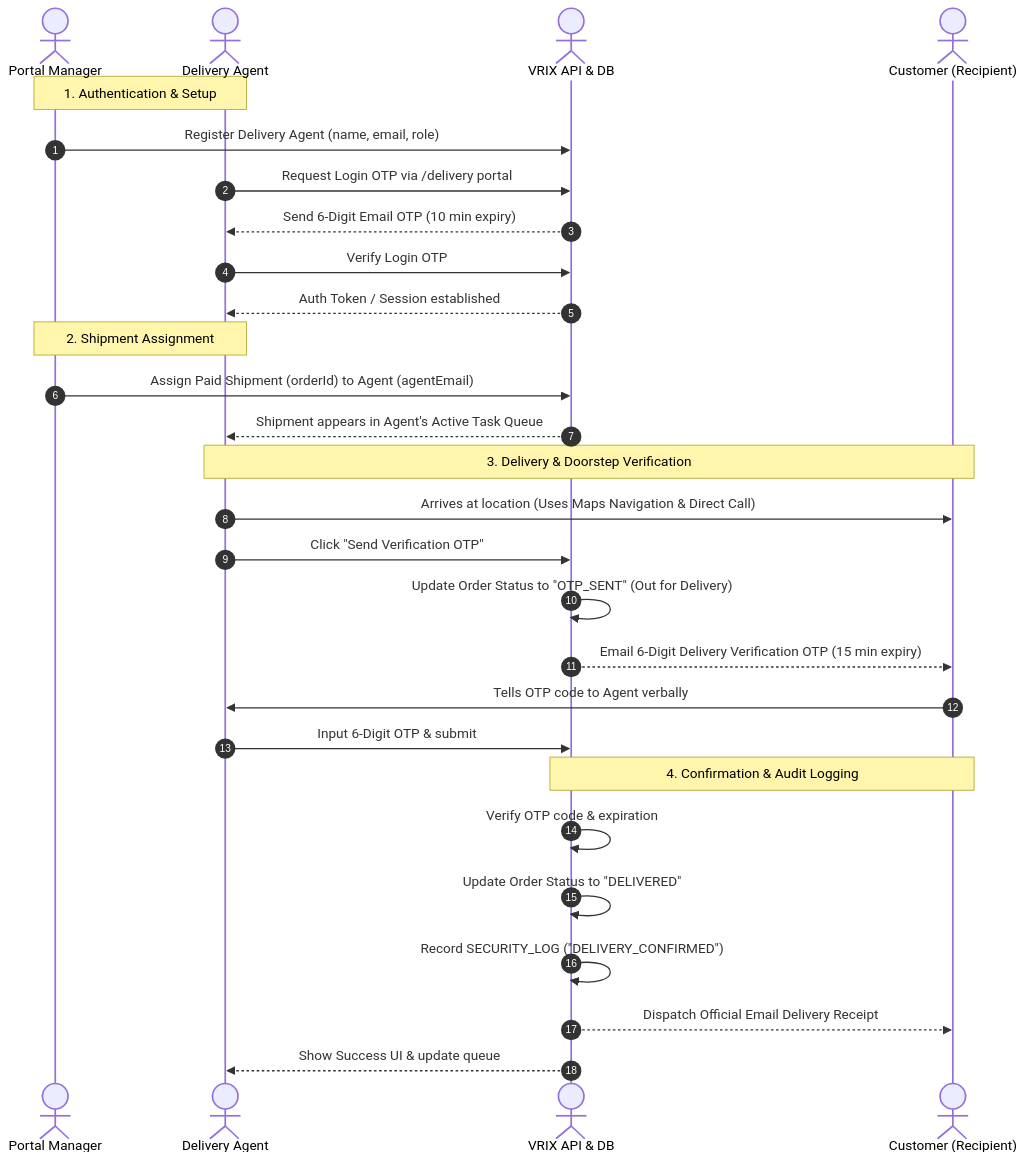
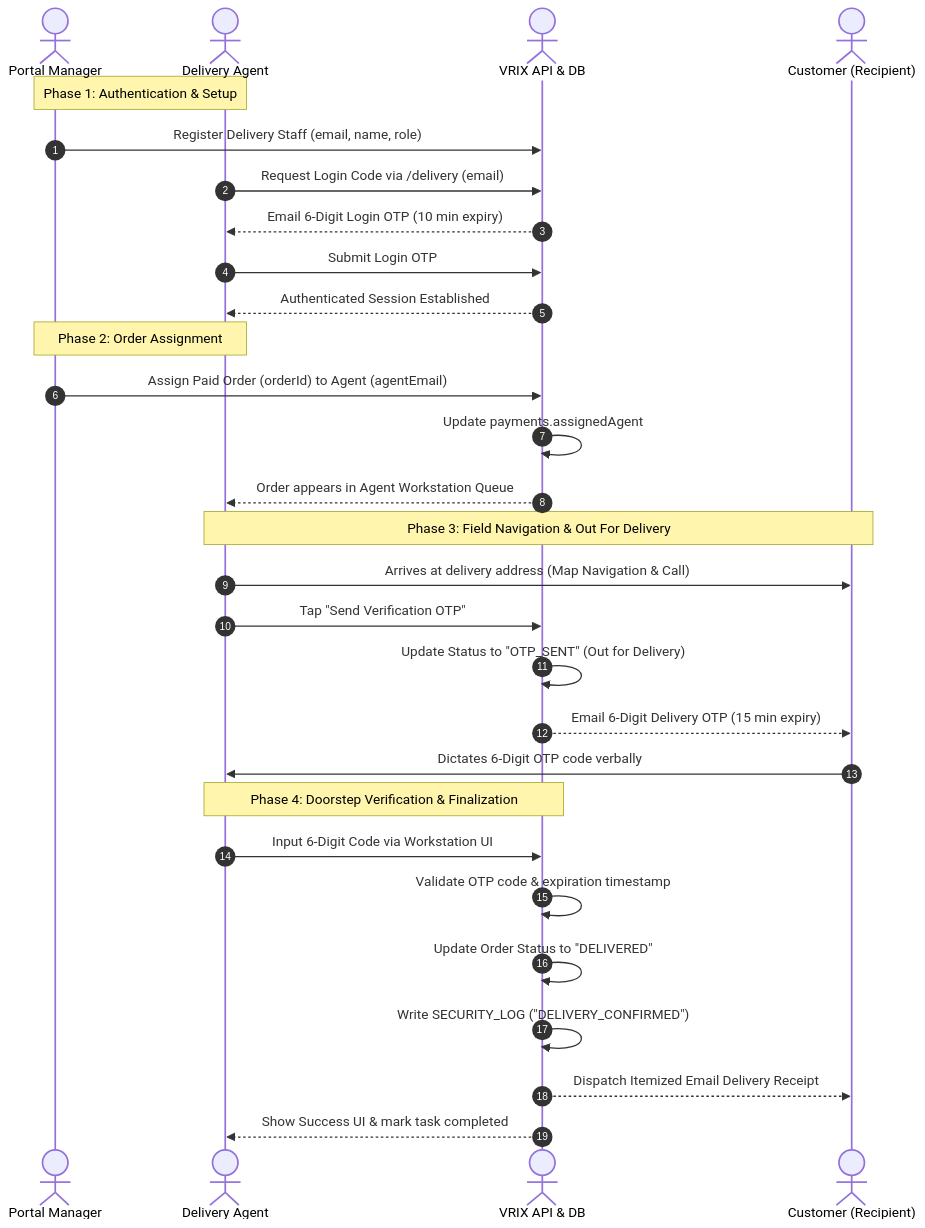
The second of 2 diagrams in DELIVERY_PANEL_README.md (DhruvilThummar/vrix), drawn with Mermaid before and after one commit. The commit also changed other lines of this file, not shown here.

Commit message:
docs: overhaul delivery panel README with updated architecture, workflows, and roles matrix

````diff
--- a/DELIVERY_PANEL_README.md
+++ b/DELIVERY_PANEL_README.md
@@ -47,34 +89,35 @@
 ```mermaid
 sequenceDiagram
     autonumber
     actor Admin as Portal Manager
     actor Agent as Delivery Agent
     actor Backend as VRIX API & DB
     actor Customer as Customer (Recipient)
 
-    Note over Admin, Agent: 1. Authentication & Setup
-    Admin->>Backend: Register Delivery Agent (name, email, role)
-    Agent->>Backend: Request Login OTP via /delivery portal
-    Backend-->>Agent: Send 6-Digit Email OTP (10 min expiry)
-    Agent->>Backend: Verify Login OTP
-    Backend-->>Agent: Auth Token / Session established
+    Note over Admin, Agent: Phase 1: Authentication & Setup
+    Admin->>Backend: Register Delivery Staff (email, name, role)
+    Agent->>Backend: Request Login Code via /delivery (email)
+    Backend-->>Agent: Email 6-Digit Login OTP (10 min expiry)
+    Agent->>Backend: Submit Login OTP
+    Backend-->>Agent: Authenticated Session Established
 
-    Note over Admin, Agent: 2. Shipment Assignment
-    Admin->>Backend: Assign Paid Shipment (orderId) to Agent (agentEmail)
-    Backend-->>Agent: Shipment appears in Agent's Active Task Queue
+    Note over Admin, Agent: Phase 2: Order Assignment
+    Admin->>Backend: Assign Paid Order (orderId) to Agent (agentEmail)
+    Backend->>Backend: Update payments.assignedAgent
+    Backend-->>Agent: Order appears in Agent Workstation Queue
 
-    Note over Agent, Customer: 3. Delivery & Doorstep Verification
-    Agent->>Customer: Arrives at location (Uses Maps Navigation & Direct Call)
-    Agent->>Backend: Click "Send Verification OTP"
-    Backend->>Backend: Update Order Status to "OTP_SENT" (Out for Delivery)
-    Backend-->>Customer: Email 6-Digit Delivery Verification OTP (15 min expiry)
-    Customer->>Agent: Tells OTP code to Agent verbally
-    Agent->>Backend: Input 6-Digit OTP & submit
+    Note over Agent, Customer: Phase 3: Field Navigation & Out For Delivery
+    Agent->>Customer: Arrives at delivery address (Map Navigation & Call)
+    Agent->>Backend: Tap "Send Verification OTP"
+    Backend->>Backend: Update Status to "OTP_SENT" (Out for Delivery)
+    Backend-->>Customer: Email 6-Digit Delivery OTP (15 min expiry)
+    Customer->>Agent: Dictates 6-Digit OTP code verbally
 
-    Note over Backend, Customer: 4. Confirmation & Audit Logging
-    Backend->>Backend: Verify OTP code & expiration
+    Note over Agent, Backend: Phase 4: Doorstep Verification & Finalization
+    Agent->>Backend: Input 6-Digit Code via Workstation UI
+    Backend->>Backend: Validate OTP code & expiration timestamp
     Backend->>Backend: Update Order Status to "DELIVERED"
-    Backend->>Backend: Record SECURITY_LOG ("DELIVERY_CONFIRMED")
-    Backend-->>Customer: Dispatch Official Email Delivery Receipt
-    Backend-->>Agent: Show Success UI & update queue
+    Backend->>Backend: Write SECURITY_LOG ("DELIVERY_CONFIRMED")
+    Backend-->>Customer: Dispatch Itemized Email Delivery Receipt
+    Backend-->>Agent: Show Success UI & mark task completed
 ```
````
